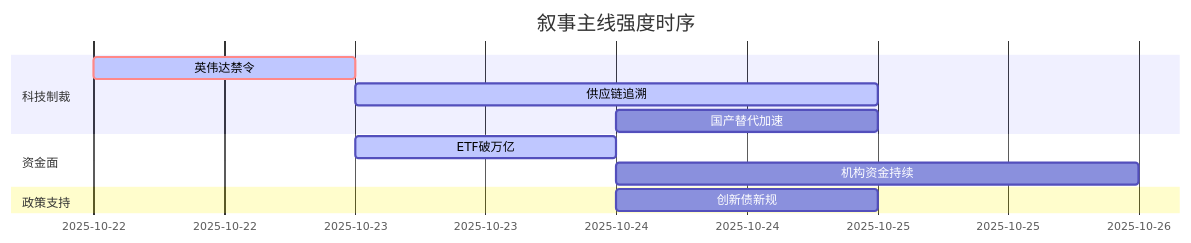
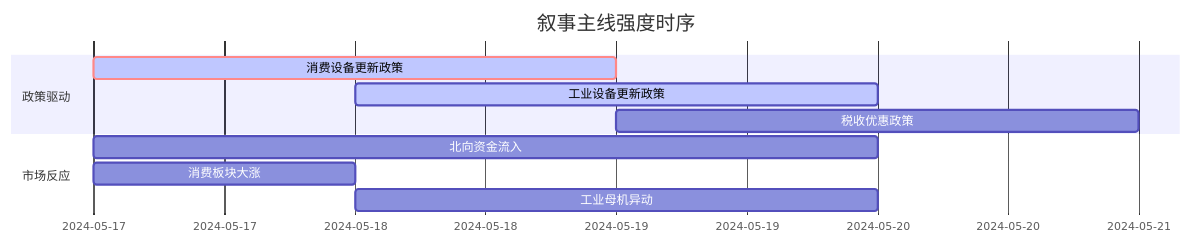
One commit to uu5zn/uu5zn.github.io changed the diagram in 5day_report.md. Above: the diagram before and after it, drawn with Mermaid. The commit also changed other lines of this file and 18 other files, not shown here.

````diff
--- a/5day_report.md
+++ b/5day_report.md
@@ -51,16 +53,14 @@
 ```mermaid
 gantt
     title 叙事主线强度时序
     dateFormat  YYYY-MM-DD
-    section 科技制裁
-    英伟达禁令   :crit, active, 2025-10-22, 1d
-    供应链追溯   :active, 2025-10-23, 2d
-    国产替代加速 :2025-10-24, 1d
+    section 政策驱动
+    消费设备更新政策   :crit, active, 2024-05-17, 2d
+    工业设备更新政策   :active, 2024-05-18, 2d
+    税收优惠政策     :2024-05-19, 2d
     
-    section 资金面
-    ETF破万亿   :active, 2025-10-23, 1d
-    机构资金持续 :2025-10-24, 2d
-    
-    section 政策支持
-    创新债新规   :2025-10-24, 1d
+    section 市场反应
+    北向资金流入     :2024-05-17, 3d
+    消费板块大涨     :2024-05-17, 1d
+    工业母机异动     :2024-05-18, 2d
 ```
````
